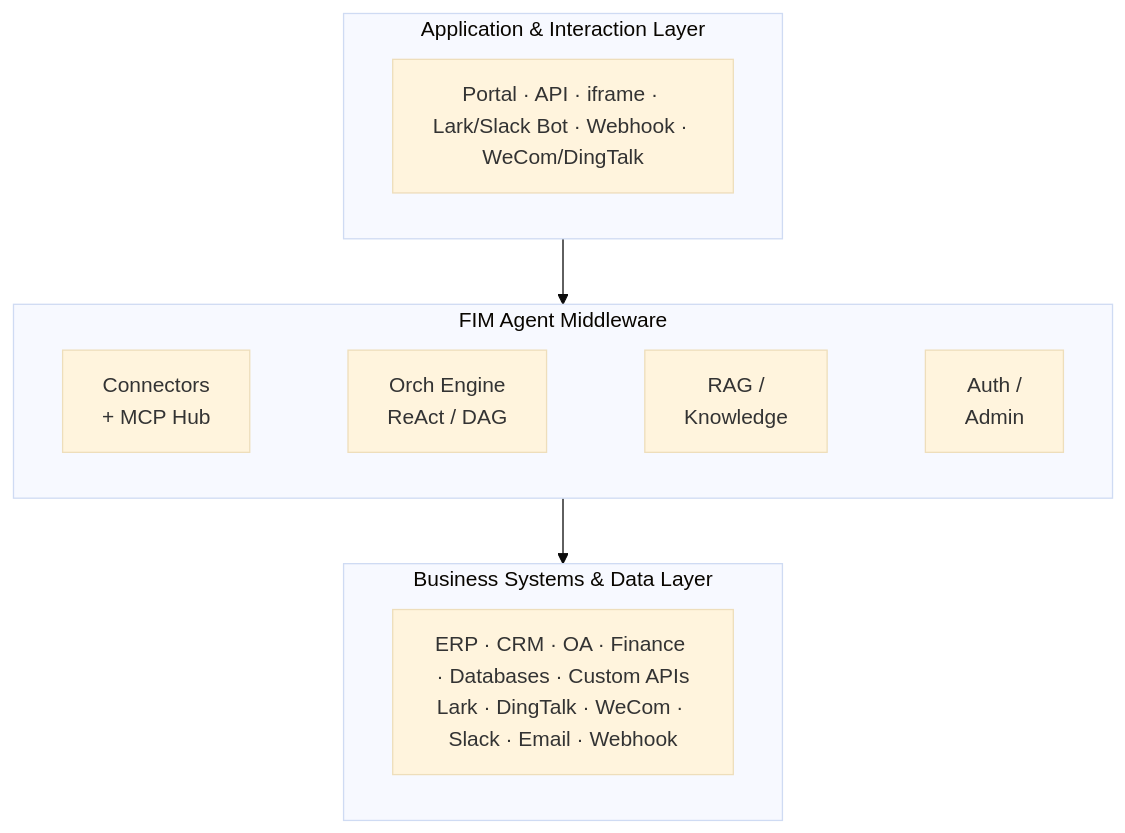
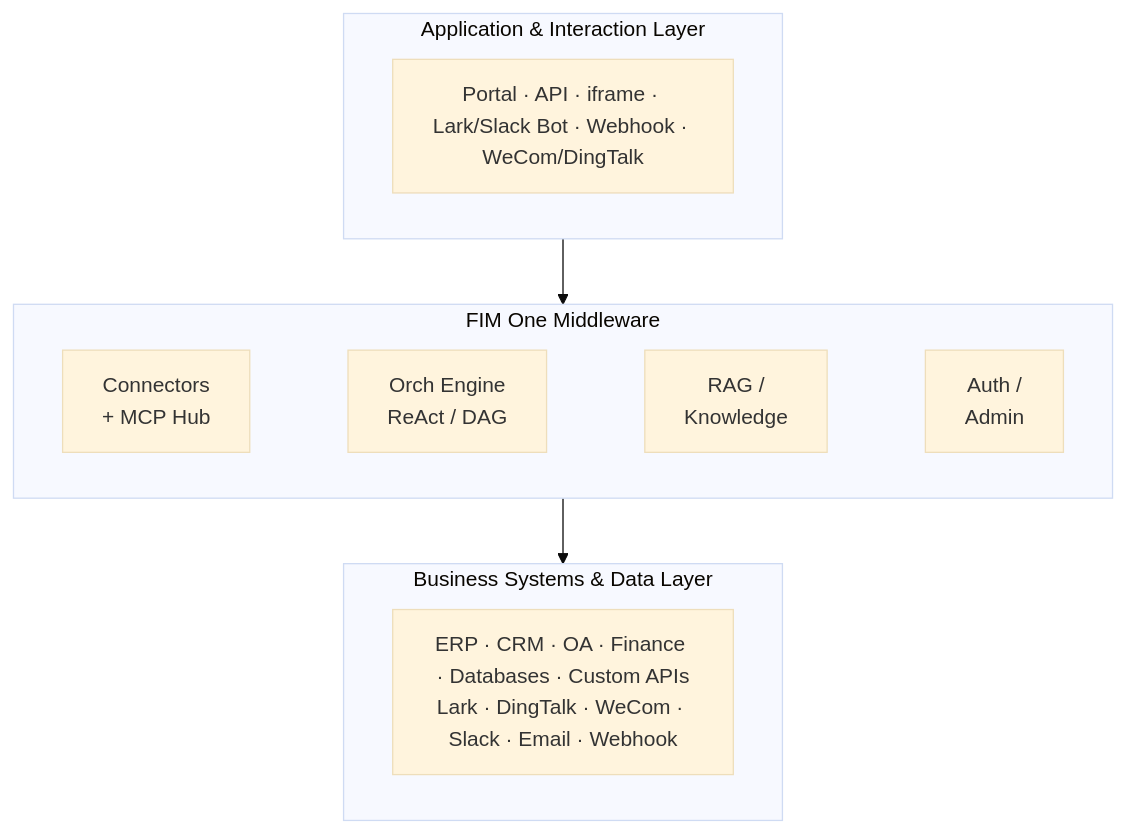
The second of 4 diagrams in README.md (fim-ai/fim-agent), drawn with Mermaid (base theme) before and after one commit. The commit also changed other lines of this file and 463 other files, not shown here.

First line of the commit message:
refactor: rename package from fim_agent to fim_one

````diff
--- a/README.md
+++ b/README.md
@@ -184,14 +184,14 @@
 ```mermaid
 graph TB
     subgraph app["Application & Interaction Layer"]
         a["Portal · API · iframe · Lark/Slack Bot · Webhook · WeCom/DingTalk"]
     end
-    subgraph mid["FIM Agent Middleware"]
+    subgraph mid["FIM One Middleware"]
         direction LR
         m1["Connectors<br/>+ MCP Hub"] ~~~ m2["Orch Engine<br/>ReAct / DAG"] ~~~ m3["RAG /<br/>Knowledge"] ~~~ m4["Auth /<br/>Admin"]
     end
     subgraph biz["Business Systems & Data Layer"]
         b["ERP · CRM · OA · Finance · Databases · Custom APIs<br/>Lark · DingTalk · WeCom · Slack · Email · Webhook"]
     end
     app --> mid --> biz
 ```
````
